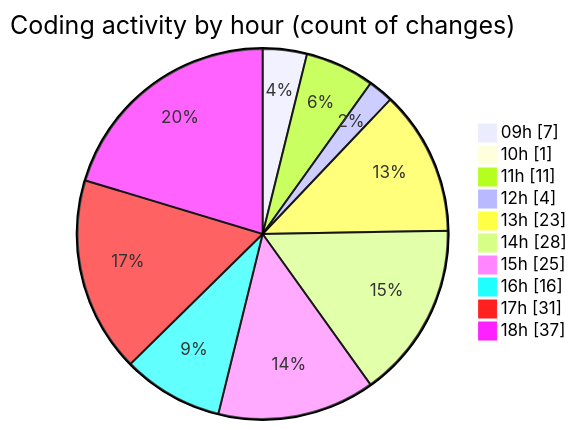
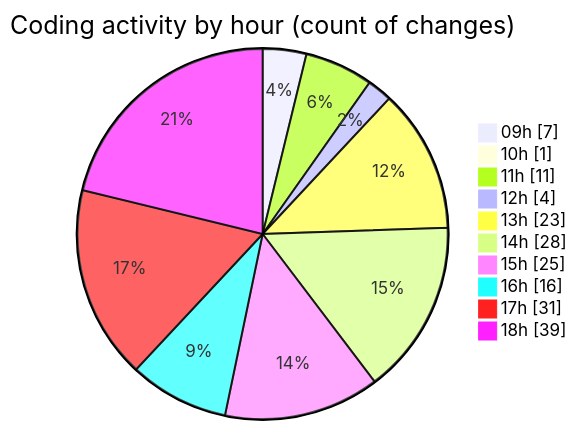
Before and after one commit to momahboobian/code-tracking: the second of 2 diagrams in 2026-04-22/cda/README.md, drawn with Mermaid. The commit also changed other lines of this file and 1 other file, not shown here.

````diff
--- a/2026-04-22/cda/README.md
+++ b/2026-04-22/cda/README.md
@@ -57,14 +57,14 @@
 ```mermaid
 pie showData
 title Coding activity by hour (count of changes)
 "09h" : 7
 "10h" : 1
 "11h" : 11
 "12h" : 4
 "13h" : 23
 "14h" : 28
 "15h" : 25
 "16h" : 16
 "17h" : 31
-"18h" : 37
+"18h" : 39
 ```
````
